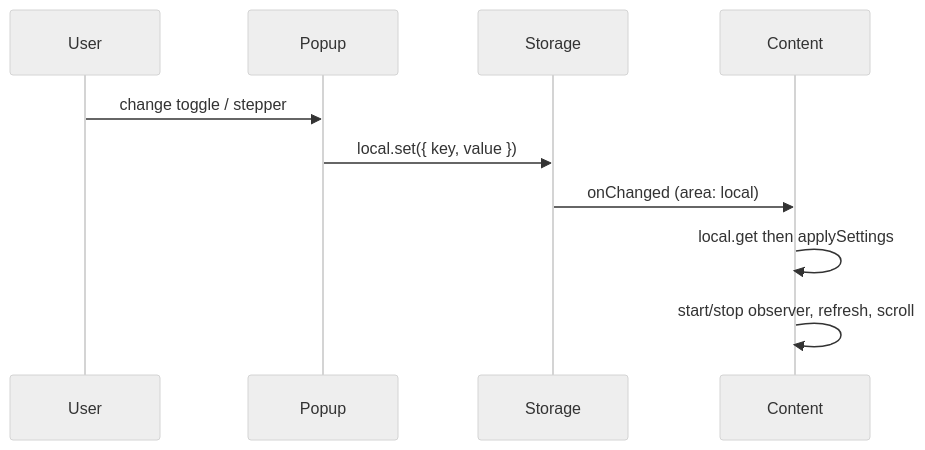
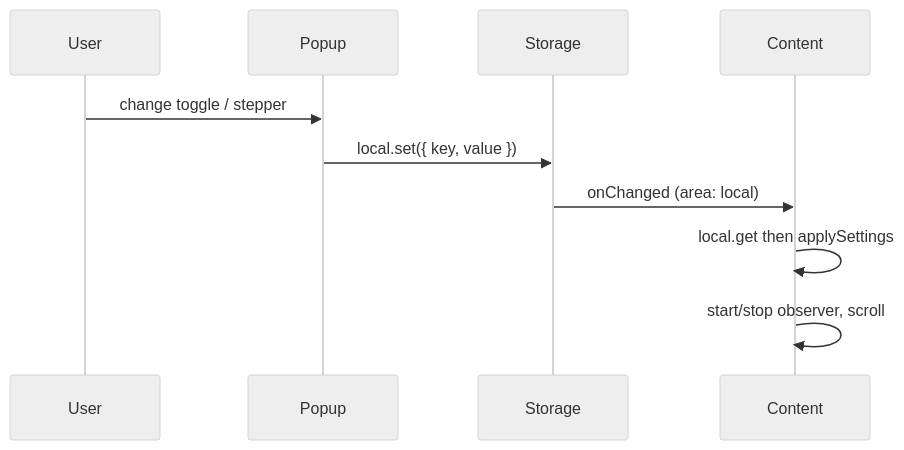
Before and after one commit to NeaByteLab/X-Boost: the fourth of 4 diagrams in README.md, drawn with Mermaid (neutral theme). The commit also changed other lines of this file and 3 other files, not shown here.

````diff
--- a/README.md
+++ b/README.md
@@ -114,12 +111,12 @@
 ```mermaid
 sequenceDiagram
   participant User
   participant Popup
   participant Storage
   participant Content
   User->>Popup: change toggle / stepper
   Popup->>Storage: local.set({ key, value })
   Storage->>Content: onChanged (area: local)
   Content->>Content: local.get then applySettings
-  Content->>Content: start/stop observer, refresh, scroll
+  Content->>Content: start/stop observer, scroll
 ```
````
